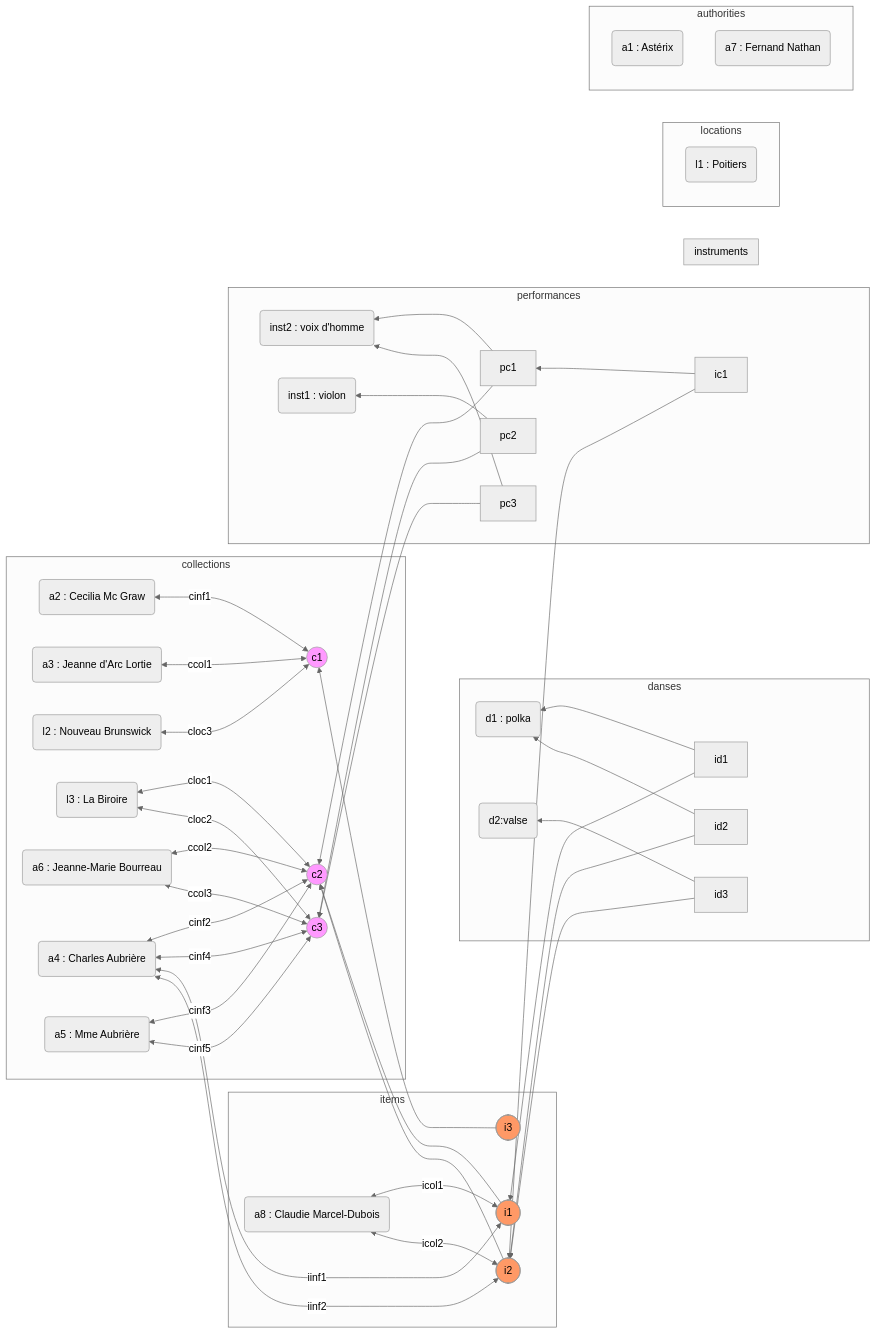
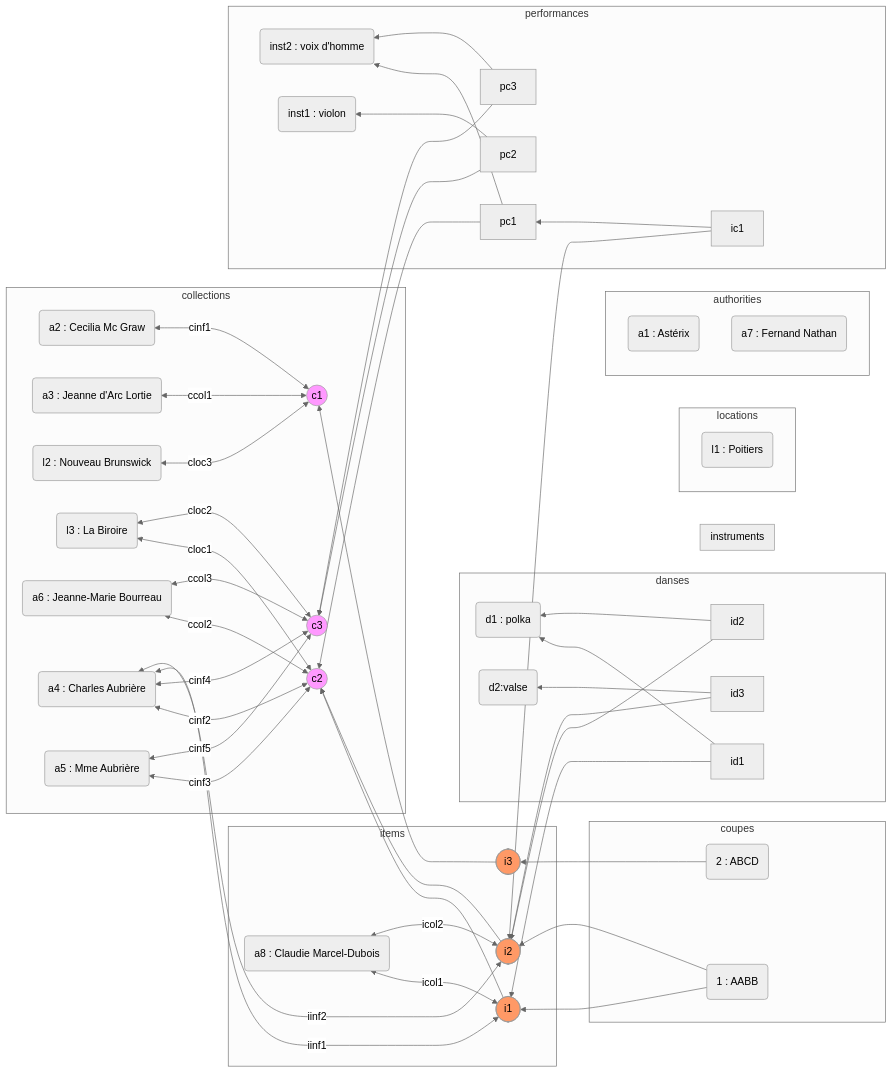
One commit to Francoralite/francoralite changed the diagram in documentation/data_test.md. Above: the diagram before and after it, drawn with Mermaid. The commit also changed 7 other files, not shown here.

````diff
--- a/documentation/data_test.md
+++ b/documentation/data_test.md
@@ -82,4 +82,12 @@
     a7(a7 : Fernand Nathan)
     a8( a8 : Claudie Marcel-Dubois)
     end
+
+    subgraph coupes
+    coup1(1 : AABB)
+    coup2(2 : ABCD)
+    coup1 --> i1
+    coup1 --> i2
+    coup2 --> i3
+    end
 ```
````
